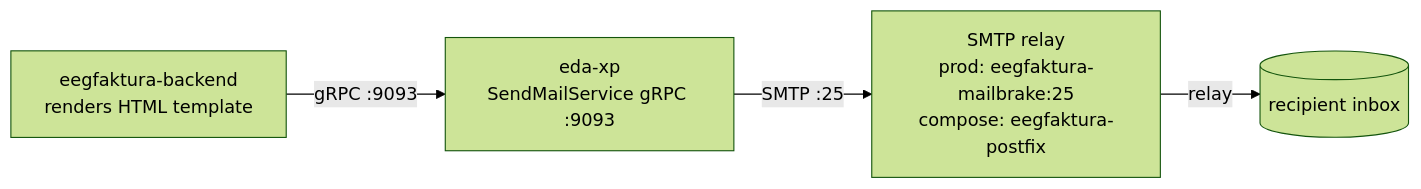
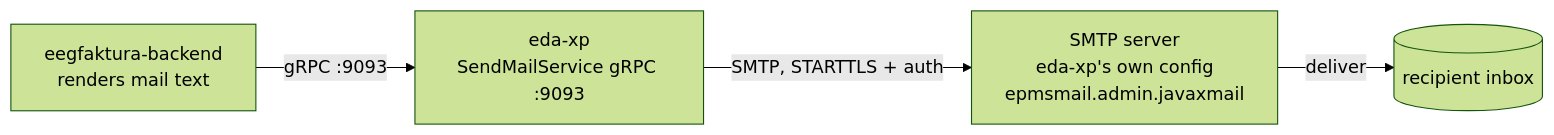
One commit to eegfaktura/eegfaktura-docs changed the diagram in docs/architecture/email.md. Above: the diagram before and after it, drawn with Mermaid (forest theme). The commit also changed other lines of this file and 27 other files, not shown here.

````diff
--- a/docs/architecture/email.md
+++ b/docs/architecture/email.md
@@ -13,8 +13,8 @@
 ```mermaid
 flowchart LR
-    BE[eegfaktura-backend<br/>renders HTML template]
+    BE[eegfaktura-backend<br/>renders mail text]
     XP[eda-xp<br/>SendMailService gRPC :9093]
-    MB[SMTP relay<br/>prod: eegfaktura-mailbrake:25<br/>compose: eegfaktura-postfix]
+    MB[SMTP server<br/>eda-xp's own config<br/>epmsmail.admin.javaxmail]
     INBOX[(recipient inbox)]
-    BE -->|gRPC :9093| XP -->|SMTP :25| MB -->|relay| INBOX
+    BE -->|gRPC :9093| XP -->|SMTP, STARTTLS + auth| MB -->|deliver| INBOX
 ```
````
